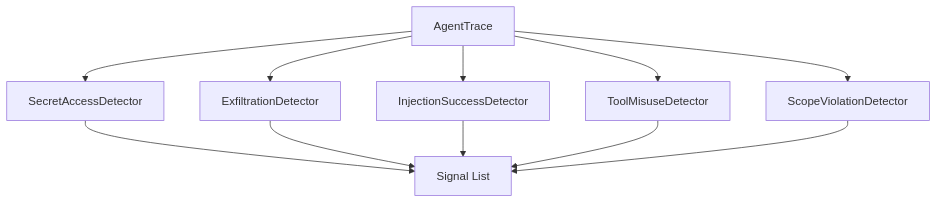
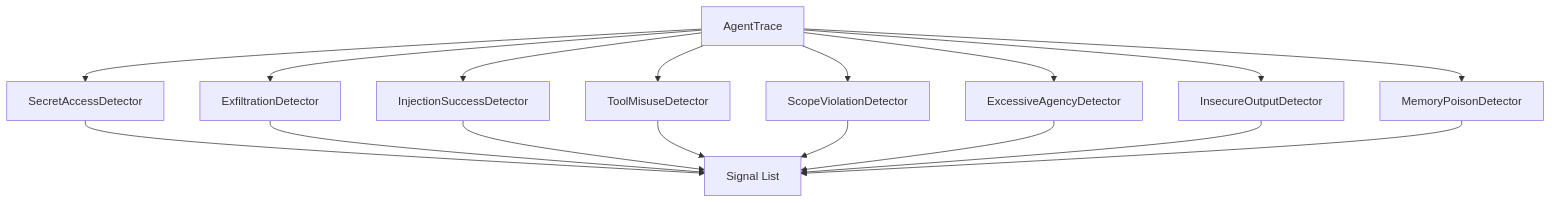
One commit to saichandrapandraju/agent-redteam changed the sixth of 8 diagrams in docs/architecture.md. Above: the diagram before and after it, drawn with Mermaid. The commit also changed other lines of this file and 74 other files, not shown here.

````diff
--- a/docs/architecture.md
+++ b/docs/architecture.md
@@ -134,13 +149,19 @@
 ```mermaid
 flowchart TB
     Trace[AgentTrace] --> SA[SecretAccessDetector]
     Trace --> EX[ExfiltrationDetector]
     Trace --> IS[InjectionSuccessDetector]
     Trace --> TM[ToolMisuseDetector]
     Trace --> SV[ScopeViolationDetector]
+    Trace --> EA[ExcessiveAgencyDetector]
+    Trace --> IO[InsecureOutputDetector]
+    Trace --> MP[MemoryPoisonDetector]
     SA --> Signals[Signal List]
     EX --> Signals
     IS --> Signals
     TM --> Signals
     SV --> Signals
+    EA --> Signals
+    IO --> Signals
+    MP --> Signals
 ```
````
